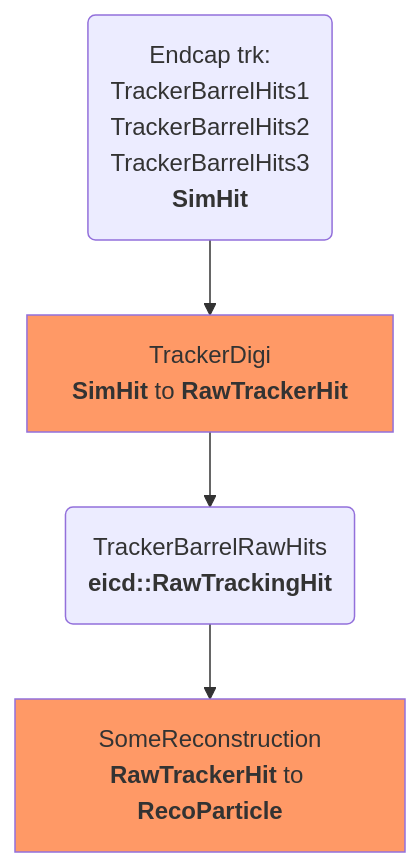
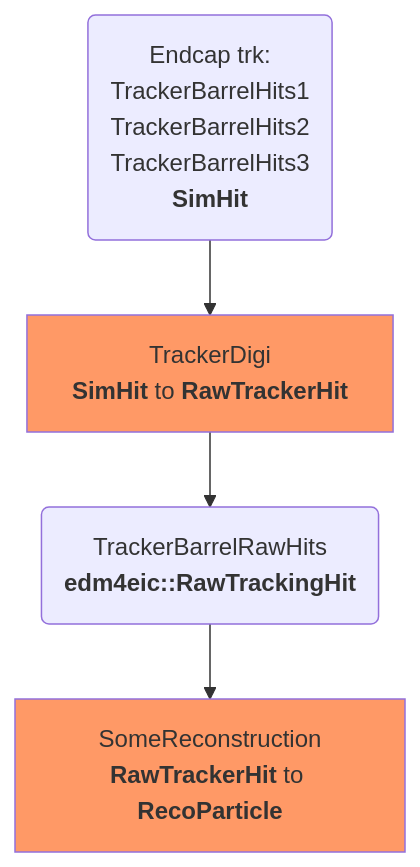
One commit to eic/EICrecon changed the second of 2 diagrams in src/extensions/jana/README.md. Above: the diagram before and after it, drawn with Mermaid. The commit also changed other lines of this file and 39 other files, not shown here.

Commit message:
treewide: s/EICD/EDM4EIC/, s/eicd/edm4eic/

````diff
--- a/src/extensions/jana/README.md
+++ b/src/extensions/jana/README.md
@@ -44,12 +44,12 @@
 ```mermaid
 flowchart TB
   classDef alg fill:#f96;
   
   tracker_barrel_collections(Endcap trk:<br />TrackerBarrelHits1<br/>TrackerBarrelHits2<br/>TrackerBarrelHits3<br/><strong>SimHit</strong>)
   
   tracker_barrel_collections --> TrackerDigi[TrackerDigi<br /><strong>SimHit</strong> to <strong>RawTrackerHit</strong>]:::alg
-  TrackerDigi --> TrackerBarrelRawHits(TrackerBarrelRawHits<br/><strong>eicd::RawTrackingHit</strong>)
+  TrackerDigi --> TrackerBarrelRawHits(TrackerBarrelRawHits<br/><strong>edm4eic::RawTrackingHit</strong>)
     
   TrackerSourceLinker[SomeReconstruction<br /><strong>RawTrackerHit</strong> to <strong>RecoParticle</strong>]:::alg  
   TrackerBarrelRawHits --> TrackerSourceLinker
 ```
````
